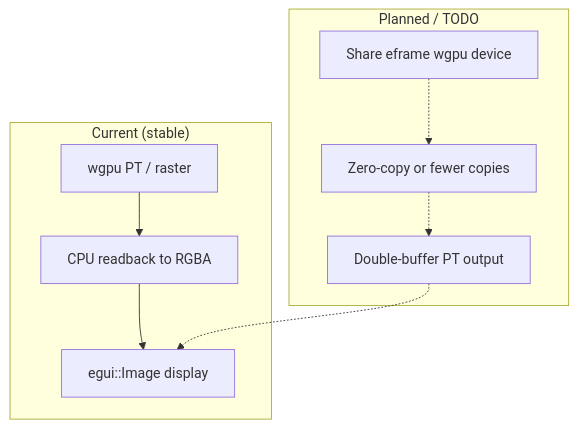
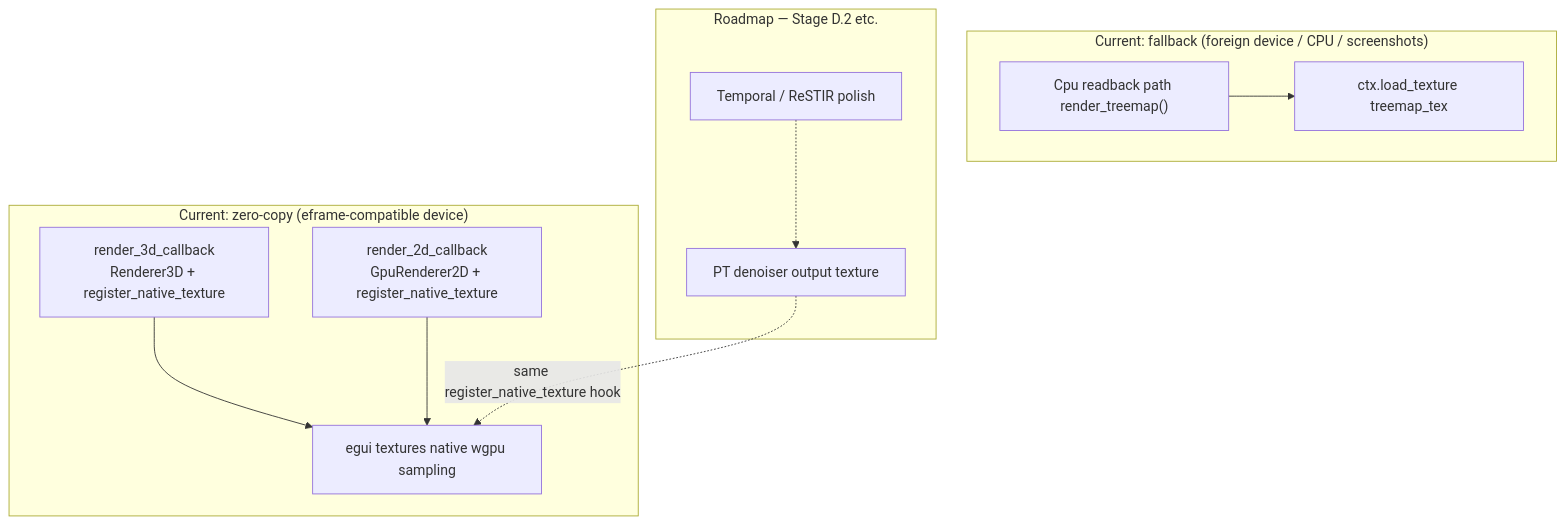
The fifth of 5 diagrams in DIAGRAMS.md (ssoj13/squarebob-rs), drawn with Mermaid before and after one commit. The commit also changed other lines of this file and 8 other files, not shown here.

````diff
--- a/DIAGRAMS.md
+++ b/DIAGRAMS.md
@@ -99,17 +103,24 @@
 ```mermaid
 flowchart TB
-  subgraph Current["Current (stable)"]
-    GPU_PT["wgpu PT / raster"]
-    READBACK["CPU readback to RGBA"]
-    EG_UI["egui::Image display"]
+  subgraph ZeroCopy["Current: zero-copy (eframe-compatible device)"]
+    ZC3["render_3d_callback<br/>Renderer3D + register_native_texture"]
+    ZC2["render_2d_callback<br/>GpuRenderer2D + register_native_texture"]
+    EG_NAT["egui textures native wgpu sampling"]
+    ZC3 --> EG_NAT
+    ZC2 --> EG_NAT
   end
 
-  subgraph Planned["Planned / TODO"]
-    SHARED["Share eframe wgpu device"]
-    ZCOPY["Zero-copy or fewer copies"]
-    DBL["Double-buffer PT output"]
+  subgraph Fallback["Current: fallback (foreign device / CPU / screenshots)"]
+    RB["Cpu readback path render_treemap()"]
+    EGI["ctx.load_texture treemap_tex"]
+    RB --> EGI
   end
 
-  GPU_PT --> READBACK --> EG_UI
-  SHARED -.-> ZCOPY -.-> DBL -.-> EG_UI
+  subgraph Roadmap["Roadmap — Stage D.2 etc."]
+    DEN["PT denoiser output texture"]
+    TEMP["Temporal / ReSTIR polish"]
+  end
+
+  DEN -.->|"same register_native_texture hook"| EG_NAT
+  TEMP -.-> DEN
 ```
````
